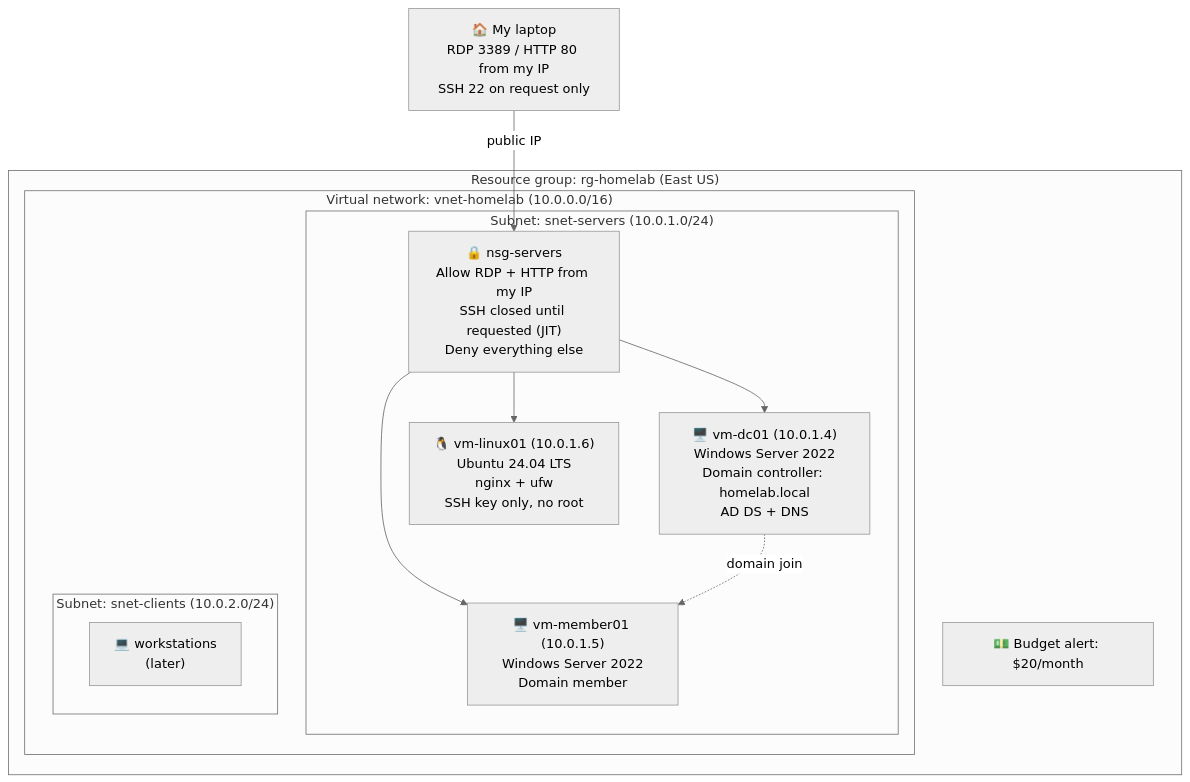
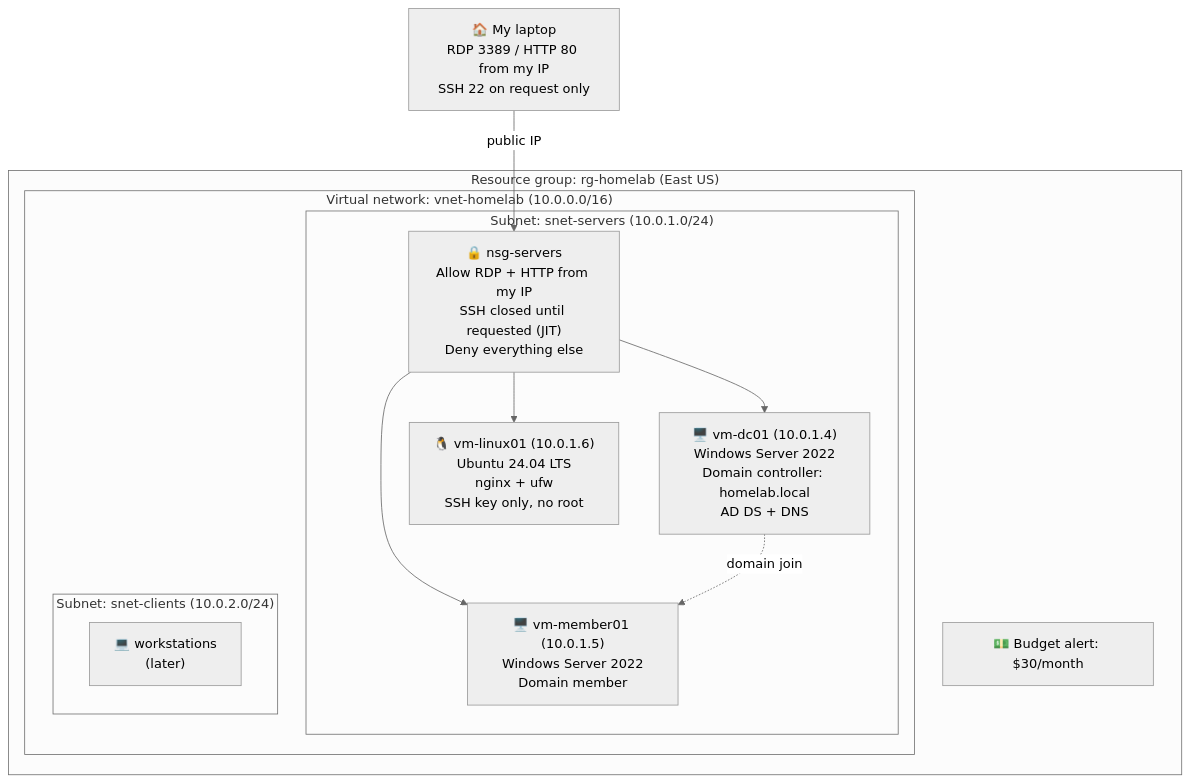
The diagram in README.md (KyleG6495/azure-home-lab), drawn with Mermaid (neutral theme) before and after one commit. The commit also changed other lines of this file, not shown here.

Commit message:
Correct budget amount in diagram to $30/month

````diff
--- a/README.md
+++ b/README.md
@@ -28,23 +35,23 @@
 ```mermaid
 flowchart TB
     Home["🏠 My laptop<br/>RDP 3389 / HTTP 80 from my IP<br/>SSH 22 on request only"]
     subgraph RG["Resource group: rg-homelab (East US)"]
         subgraph VNET["Virtual network: vnet-homelab (10.0.0.0/16)"]
             subgraph SRV["Subnet: snet-servers (10.0.1.0/24)"]
                 NSG["🔒 nsg-servers<br/>Allow RDP + HTTP from my IP<br/>SSH closed until requested (JIT)<br/>Deny everything else"]
                 DC["🖥️ vm-dc01 (10.0.1.4)<br/>Windows Server 2022<br/>Domain controller: homelab.local<br/>AD DS + DNS"]
                 MEM["🖥️ vm-member01 (10.0.1.5)<br/>Windows Server 2022<br/>Domain member"]
                 LNX["🐧 vm-linux01 (10.0.1.6)<br/>Ubuntu 24.04 LTS<br/>nginx + ufw<br/>SSH key only, no root"]
             end
             subgraph CLI["Subnet: snet-clients (10.0.2.0/24)"]
                 WS["💻 workstations<br/>(later)"]
             end
         end
-        BUDGET["💵 Budget alert: $20/month"]
+        BUDGET["💵 Budget alert: $30/month"]
     end
     Home -->|"public IP"| NSG
     NSG --> DC
     NSG --> MEM
     NSG --> LNX
     DC -. "domain join" .-> MEM
 ```
````
